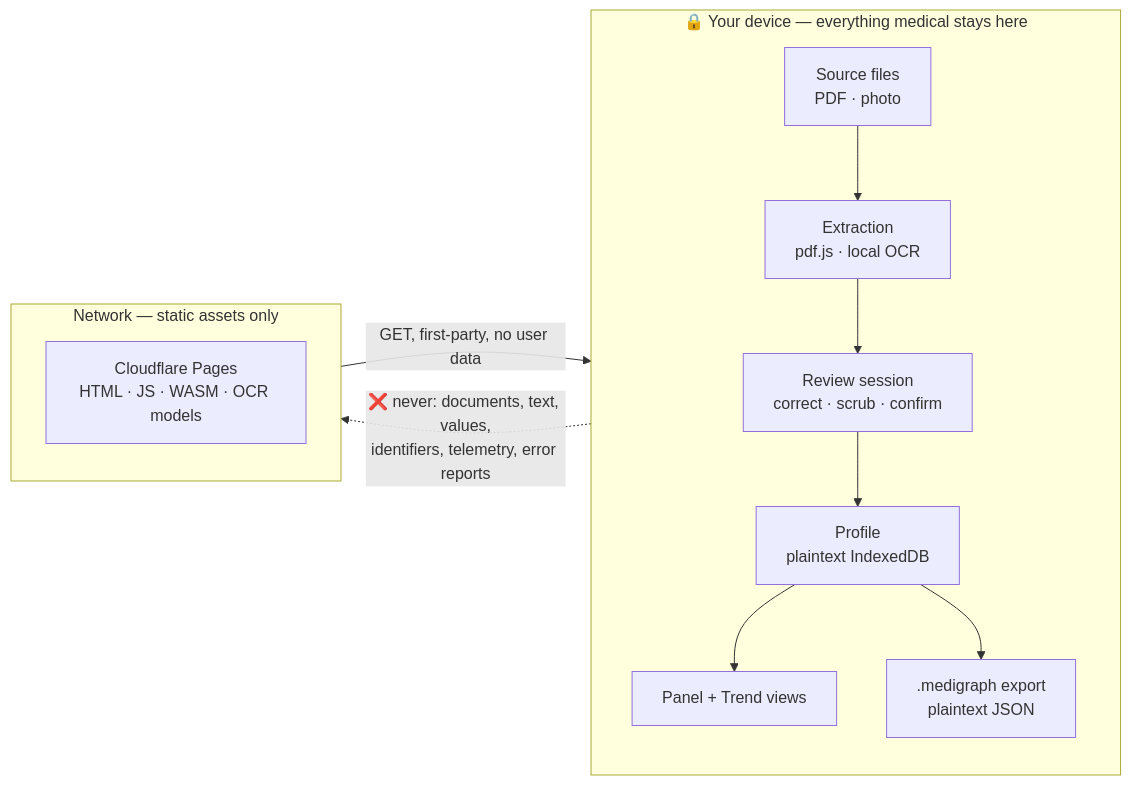
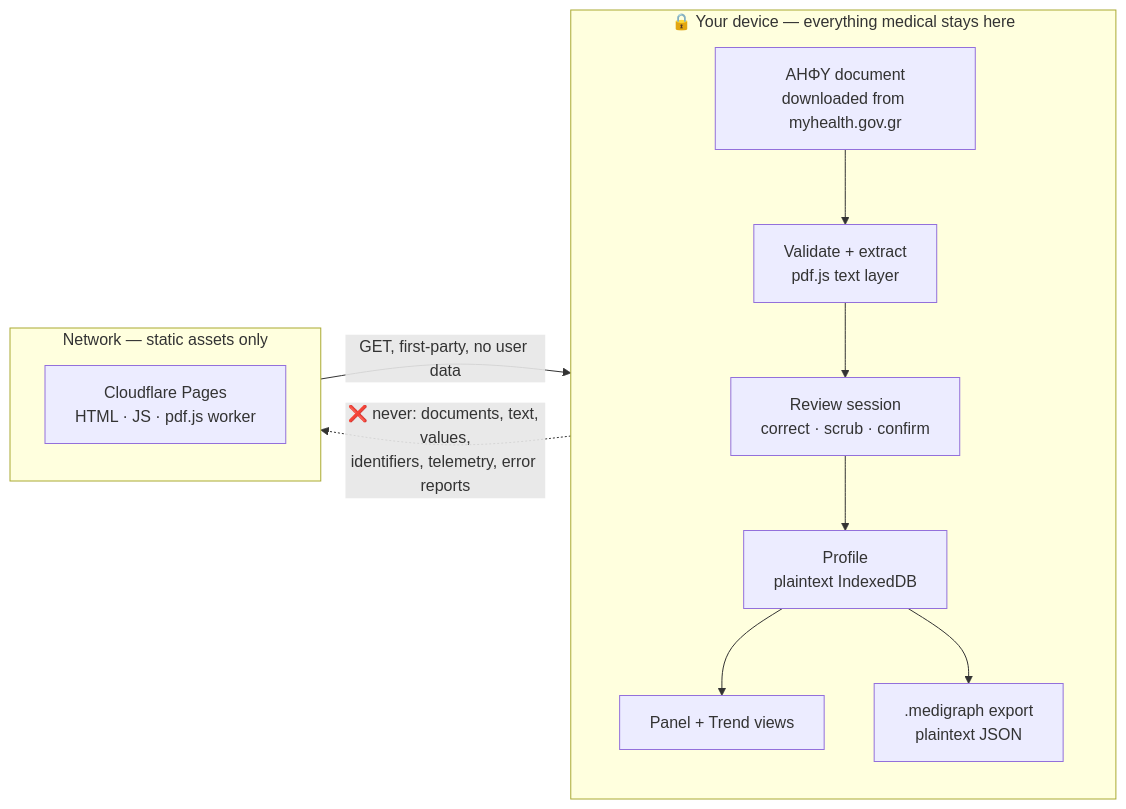
Before and after one commit to vdassios/Medigraph: the first of 5 diagrams in README.md, drawn with Mermaid. The commit also changed other lines of this file, not shown here.

First line of the commit message:
docs(readme): rewrite for ΑΗΦΥ-only input and categorical results

````diff
--- a/README.md
+++ b/README.md
@@ -35,22 +40,22 @@
 ```mermaid
 flowchart LR
   subgraph device["🔒 Your device — everything medical stays here"]
     direction TB
-    files["Source files<br/>PDF · photo"]
-    ext["Extraction<br/>pdf.js · local OCR"]
+    files["ΑΗΦΥ document<br/>downloaded from myhealth.gov.gr"]
+    ext["Validate + extract<br/>pdf.js text layer"]
     rev["Review session<br/>correct · scrub · confirm"]
     prof["Profile<br/>plaintext IndexedDB"]
     charts["Panel + Trend views"]
     exp[".medigraph export<br/>plaintext JSON"]
     files --> ext --> rev --> prof --> charts
     prof --> exp
   end
 
   subgraph net["Network — static assets only"]
     direction TB
-    host["Cloudflare Pages<br/>HTML · JS · WASM · OCR models"]
+    host["Cloudflare Pages<br/>HTML · JS · pdf.js worker"]
   end
 
   host -->|"GET, first-party, no user data"| device
   device -.->|"❌ never: documents, text, values,<br/>identifiers, telemetry, error reports"| net
 ```
````
